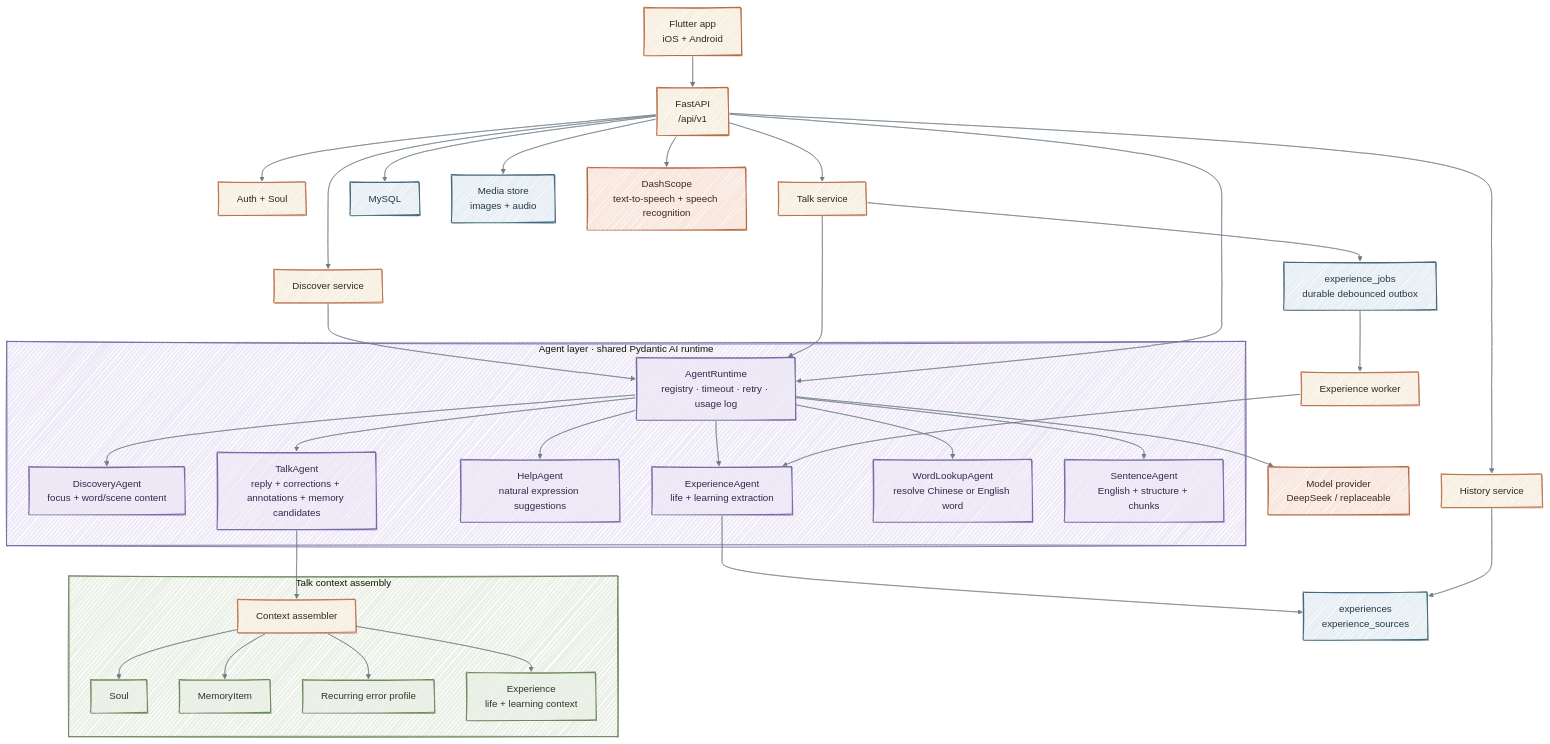
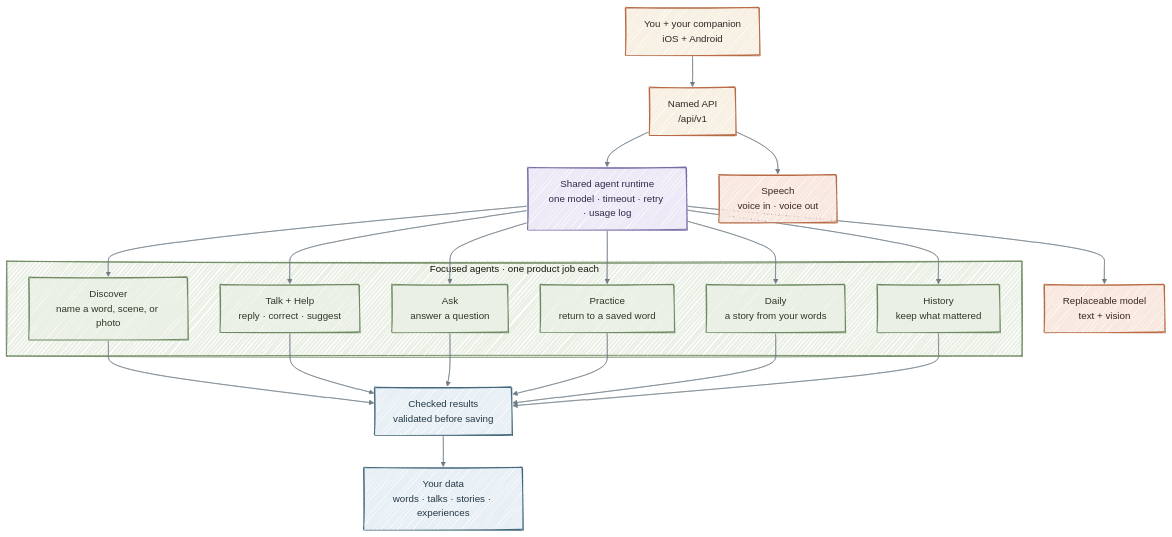
The second of 4 diagrams in README.md (ZhangPeibin/Named), drawn with Mermaid before and after one commit. The commit also changed other lines of this file and 90 other files, not shown here.

First line of the commit message:
feat(companion): add a user-named companion across app and web

````diff
--- a/README.md
+++ b/README.md
@@ -104,81 +104,58 @@
 ```mermaid
 %%{init: {
   "theme": "base",
   "look": "handDrawn",
   "themeVariables": {
     "background": "#FBF8F2",
     "primaryColor": "#F7F0E3",
     "primaryTextColor": "#2D2A26",
     "primaryBorderColor": "#B86B45",
     "lineColor": "#6F7C86",
     "secondaryColor": "#E8F0F5",
     "tertiaryColor": "#EDE9F7",
     "fontFamily": "ui-rounded, Trebuchet MS, sans-serif"
   }
 }}%%
 flowchart TB
-    App["Flutter app<br/>iOS + Android"] --> API["FastAPI<br/>/api/v1"]
+    You["You + your companion<br/>iOS + Android"] --> API["Named API<br/>/api/v1"]
+    API --> Runtime["Shared agent runtime<br/>one model · timeout · retry · usage log"]
 
-    API --> Auth["Auth + Soul"]
-    API --> Discover["Discover service"]
-    API --> Talk["Talk service"]
-    API --> History["History service"]
-
-    subgraph AgentLayer["Agent layer · shared Pydantic AI runtime"]
-        Runtime["AgentRuntime<br/>registry · timeout · retry · usage log"]
-        DiscoveryAgent["DiscoveryAgent<br/>focus + word/scene content"]
-        TalkAgent["TalkAgent<br/>reply + corrections + annotations + memory candidates"]
-        HelpAgent["HelpAgent<br/>natural expression suggestions"]
-        ExperienceAgent["ExperienceAgent<br/>life + learning extraction"]
-        WordLookupAgent["WordLookupAgent<br/>resolve Chinese or English word"]
-        SentenceAgent["SentenceAgent<br/>English + structure + chunks"]
+    subgraph Jobs["Focused agents · one product job each"]
+        Discover["Discover<br/>name a word, scene, or photo"]
+        Talk["Talk + Help<br/>reply · correct · suggest"]
+        Ask["Ask<br/>answer a question"]
+        Practice["Practice<br/>return to a saved word"]
+        Daily["Daily<br/>a story from your words"]
+        History["History<br/>keep what mattered"]
     end
 
-    Discover --> Runtime
-    Talk --> Runtime
-    API --> Runtime
-    Runtime --> DiscoveryAgent
-    Runtime --> TalkAgent
-    Runtime --> HelpAgent
-    Runtime --> ExperienceAgent
-    Runtime --> WordLookupAgent
-    Runtime --> SentenceAgent
+    Runtime --> Discover
+    Runtime --> Talk
+    Runtime --> Ask
+    Runtime --> Practice
+    Runtime --> Daily
+    Runtime --> History
 
-    subgraph ContextLayer["Talk context assembly"]
-        Context["Context assembler"]
-        Soul["Soul"]
-        Memory["MemoryItem"]
-        Errors["Recurring error profile"]
-        Experiences["Experience<br/>life + learning context"]
-    end
+    Discover --> Checked["Checked results<br/>validated before saving"]
+    Talk --> Checked
+    Ask --> Checked
+    Practice --> Checked
+    Daily --> Checked
+    History --> Checked
 
-    TalkAgent --> Context
-    Context --> Soul
-    Context --> Memory
-    Context --> Errors
-    Context --> Experiences
-
-    Talk --> Queue["experience_jobs<br/>durable debounced outbox"]
-    Queue --> Worker["Experience worker"]
-    Worker --> ExperienceAgent
-    ExperienceAgent --> ExperienceStore["experiences<br/>experience_sources"]
-    History --> ExperienceStore
-
-    Runtime --> Model["Model provider<br/>DeepSeek / replaceable"]
-    API --> DB["MySQL"]
-    API --> Media["Media store<br/>images + audio"]
-    API --> Speech["DashScope<br/>text-to-speech + speech recognition"]
+    Checked --> Data["Your data<br/>words · talks · stories · experiences"]
+    Runtime --> Model["Replaceable model<br/>text + vision"]
+    API --> Speech["Speech<br/>voice in · voice out"]
 
     classDef warm fill:#F7F0E3,stroke:#B86B45,stroke-width:1.7px,color:#2D2A26
     classDef blue fill:#E8F0F5,stroke:#456A7C,stroke-width:1.7px,color:#243746
     classDef sage fill:#EAF0E5,stroke:#6F8A62,stroke-width:1.7px,color:#2C3828
     classDef lavender fill:#EDE9F7,stroke:#7A6AA6,stroke-width:1.7px,color:#30294A
     classDef peach fill:#F8E8DF,stroke:#B86B45,stroke-width:1.7px,color:#3A2820
-    class App,API warm
-    class Soul,Memory,Errors,Experiences sage
-    class Runtime,DiscoveryAgent,TalkAgent,HelpAgent,ExperienceAgent,WordLookupAgent,SentenceAgent lavender
+    class You,API warm
+    class Runtime lavender
+    class Discover,Talk,Ask,Practice,Daily,History sage
+    class Checked,Data blue
     class Model,Speech peach
-    class DB,Media,Queue,ExperienceStore blue
-    style ContextLayer fill:#EAF0E5,stroke:#6F8A62,stroke-width:1.5px
-    style AgentLayer fill:#EDE9F7,stroke:#7A6AA6,stroke-width:1.5px
+    style Jobs fill:#EAF0E5,stroke:#6F8A62,stroke-width:1.5px
 ```
````
